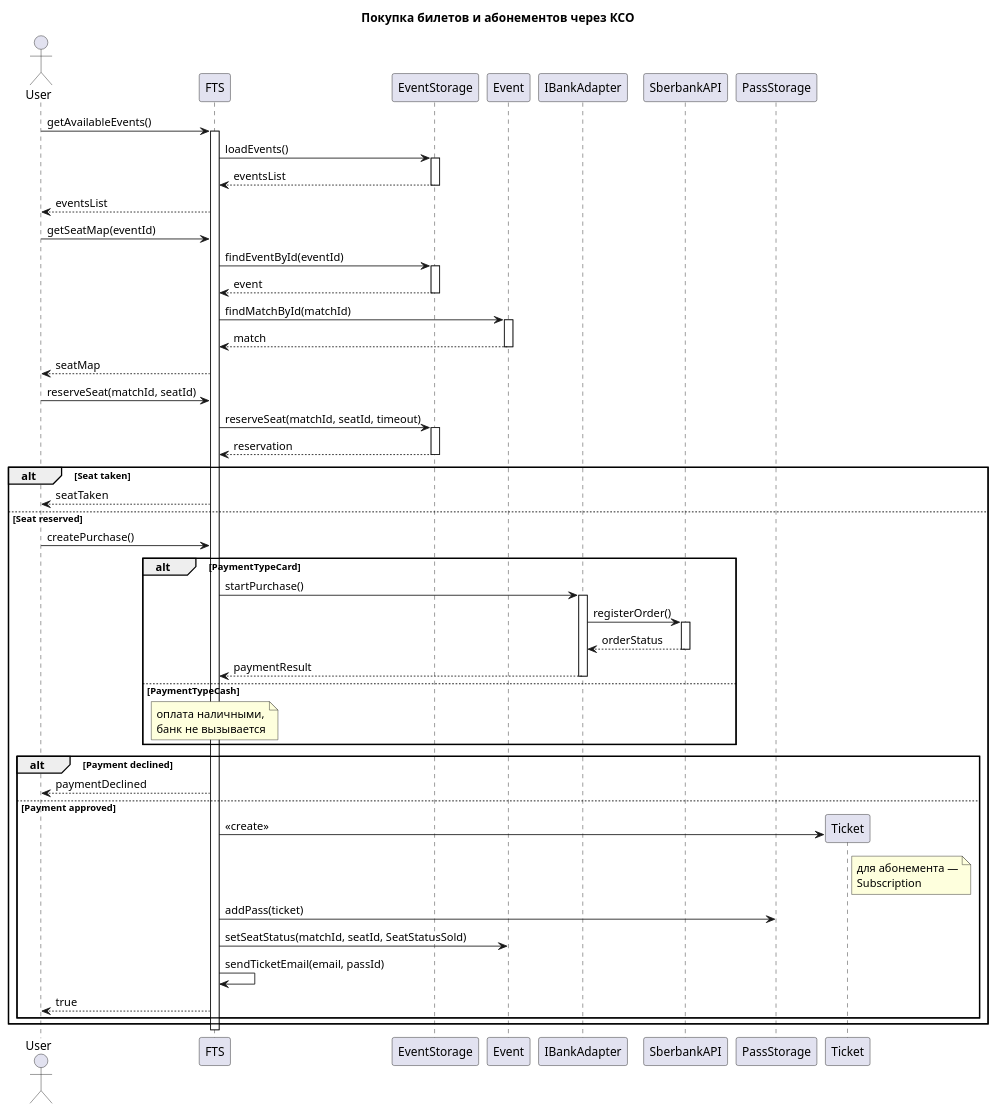
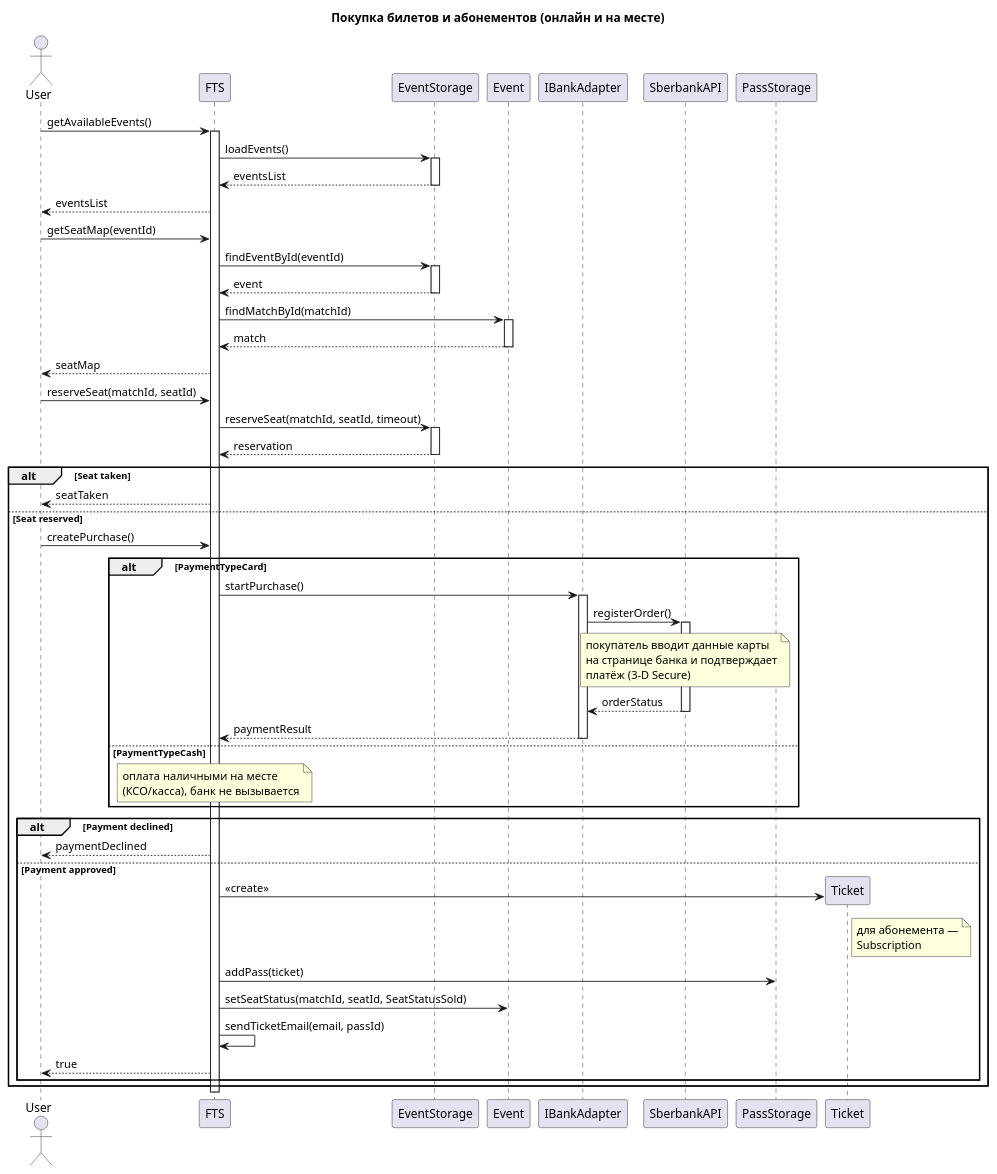
Before and after one commit to penamarth/bsbo-11-24_team5_var10_football: the diagram in Преценденты/Покупка билетов и абонементов/Диаграмма последовательности.md, drawn with PlantUML. The commit also changed 12 other files, not shown here.

````diff
--- a/Преценденты/Покупка билетов и абонементов/Диаграмма последовательности.md
+++ b/Преценденты/Покупка билетов и абонементов/Диаграмма последовательности.md
@@ -2,71 +2,72 @@
-```plantuml 
+```plantuml
 @startuml
-title Покупка билетов и абонементов через КСО
+title Покупка билетов и абонементов (онлайн и на месте)
 
 actor "User" as User
 participant "FTS" as FTS
 participant "EventStorage" as EventStorage
 participant "Event" as Event
 participant "IBankAdapter" as Bank
 participant "SberbankAPI" as Sber
 participant "PassStorage" as PassStorage
 
 User -> FTS : getAvailableEvents()
 activate FTS
 FTS -> EventStorage : loadEvents()
 activate EventStorage
 EventStorage --> FTS : eventsList
 deactivate EventStorage
 FTS --> User : eventsList
 
 User -> FTS : getSeatMap(eventId)
 FTS -> EventStorage : findEventById(eventId)
 activate EventStorage
 EventStorage --> FTS : event
 deactivate EventStorage
 FTS -> Event : findMatchById(matchId)
 activate Event
 Event --> FTS : match
 deactivate Event
 FTS --> User : seatMap
 
 User -> FTS : reserveSeat(matchId, seatId)
 FTS -> EventStorage : reserveSeat(matchId, seatId, timeout)
 activate EventStorage
 EventStorage --> FTS : reservation
 deactivate EventStorage
 
 alt Seat taken
     FTS --> User : seatTaken
 else Seat reserved
     User -> FTS : createPurchase()
 
     alt PaymentTypeCard
         FTS -> Bank : startPurchase()
         activate Bank
         Bank -> Sber : registerOrder()
         activate Sber
+        note over Sber : покупатель вводит данные карты\nна странице банка и подтверждает\nплатёж (3-D Secure)
         Sber --> Bank : orderStatus
         deactivate Sber
         Bank --> FTS : paymentResult
         deactivate Bank
     else PaymentTypeCash
-        note over FTS : оплата наличными,\nбанк не вызывается
+        note over FTS : оплата наличными на месте\n(КСО/касса), банк не вызывается
     end
 
     alt Payment declined
         FTS --> User : paymentDeclined
     else Payment approved
         create participant "Ticket" as Ticket
         FTS -> Ticket : <<create>>
         note right of Ticket : для абонемента —\nSubscription
         FTS -> PassStorage : addPass(ticket)
         FTS -> Event : setSeatStatus(matchId, seatId, SeatStatusSold)
         FTS -> FTS : sendTicketEmail(email, passId)
         FTS --> User : true
     end
 end
 
 deactivate FTS
 @enduml
 ```
````
